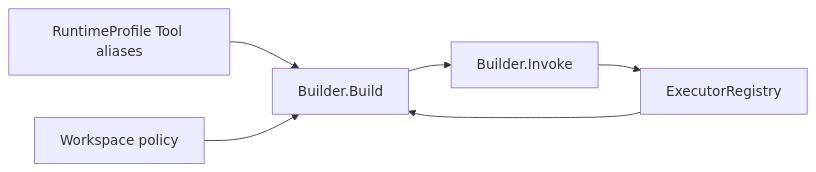
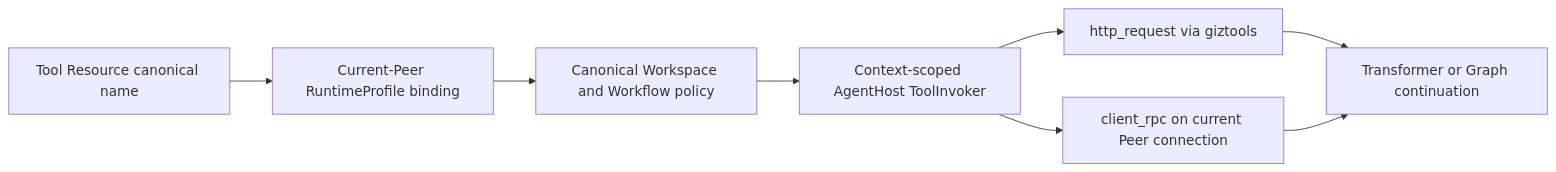
One commit to GizClaw/gizclaw changed the diagram in guides/en/developing/gizclaw/services/runtime/toolkit.md. Above: the diagram before and after it, drawn with Mermaid. The commit also changed other lines of this file and 95 other files, not shown here.

First line of the commit message:
tools: add typed RuntimeProfile tool execution

````diff
--- a/guides/en/developing/gizclaw/services/runtime/toolkit.md
+++ b/guides/en/developing/gizclaw/services/runtime/toolkit.md
@@ -9,8 +48,10 @@
 ```mermaid
 flowchart LR
-    Profile["RuntimeProfile Tool aliases"] --> Builder["Builder.Build"]
-    Policy["Workspace policy"] --> Builder
-    Executors["ExecutorRegistry"] --> Builder
-    Builder --> Invoke["Builder.Invoke"]
-    Invoke --> Executors
+    Resource["Tool Resource canonical name"] --> Profile["Current-Peer RuntimeProfile binding"]
+    Profile --> Policy["Canonical Workspace and Workflow policy"]
+    Policy --> Invoker["Context-scoped AgentHost ToolInvoker"]
+    Invoker --> HTTP["http_request via giztools"]
+    Invoker --> Client["client_rpc on current Peer connection"]
+    HTTP --> Continue["Transformer or Graph continuation"]
+    Client --> Continue
 ```
````
